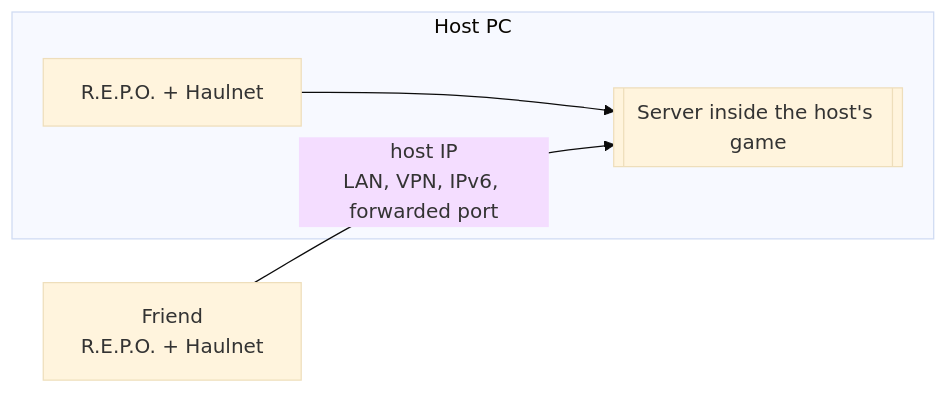
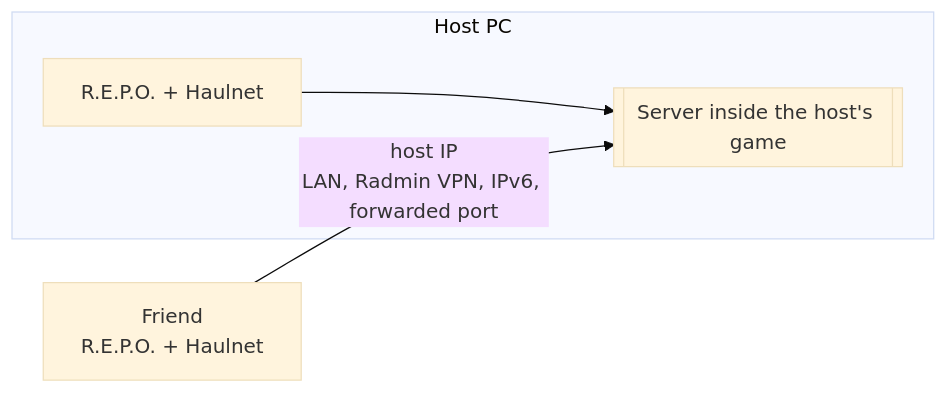
The diagram in README.md (haulnet/haulnet-repo), drawn with Mermaid (base theme) before and after one commit. The commit also changed other lines of this file and 3 other files, not shown here.

````diff
--- a/README.md
+++ b/README.md
@@ -19,9 +32,9 @@
 ```mermaid
 flowchart LR
     subgraph host[Host PC]
         GA[R.E.P.O. + Haulnet]
         S[[Server inside the host's game]]
         GA --> S
     end
-    GB[Friend<br/>R.E.P.O. + Haulnet] -- "host IP<br/>LAN, VPN, IPv6, forwarded port" --> S
+    GB[Friend<br/>R.E.P.O. + Haulnet] -- "host IP<br/>LAN, Radmin VPN, IPv6, forwarded port" --> S
 ```
````
